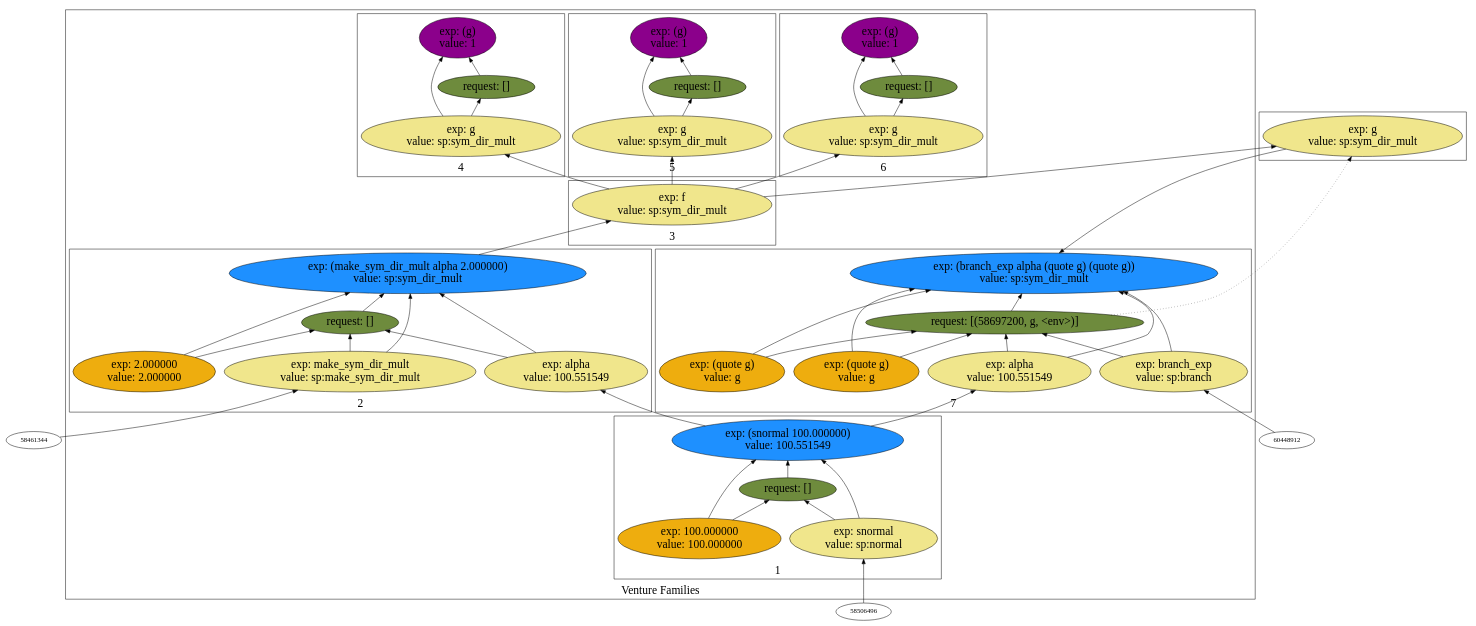
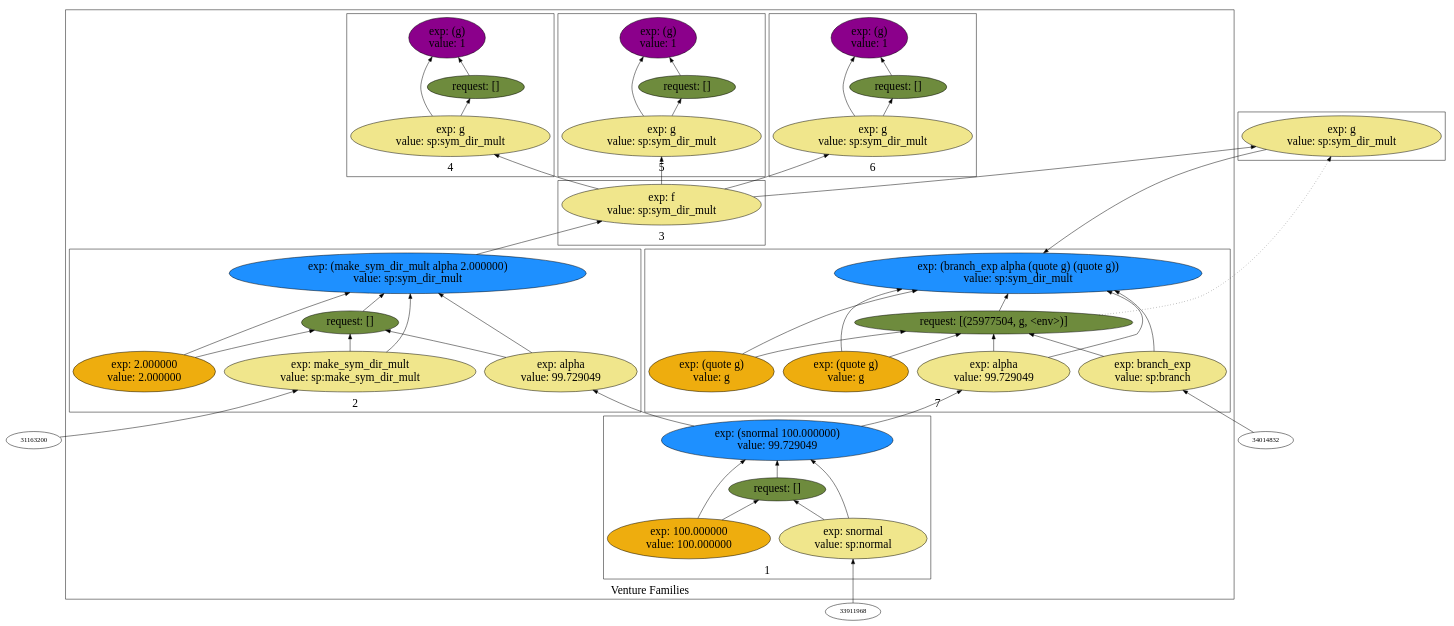
The diagram in backend/cxx/graphs/aaa_challenge_with_aaa/dot1.dot (probcomp/Venturecxx), drawn with Graphviz before and after one commit. The commit also changed 303 other files, not shown here.

Commit message:
Added a script to generate schematics

```diff
--- a/backend/cxx/graphs/aaa_challenge_with_aaa/dot1.dot
+++ b/backend/cxx/graphs/aaa_challenge_with_aaa/dot1.dot
@@ -5,105 +5,105 @@
 label="Venture Families"
 subgraph cluster2 {
 label="1"
-"53085776"["fillcolor"="dodgerblue" "fontsize"="24" "label"="exp: (snormal 100.000000)\nvalue: 100.551549" "shape"="ellipse" "style"="filled" ]
-"54608032"["fillcolor"="darkolivegreen4" "fontsize"="24" "label"="request: []" "shape"="ellipse" "style"="filled" ]
-"53080768"["fillcolor"="khaki" "fontsize"="24" "label"="exp: snormal\nvalue: sp:normal" "shape"="ellipse" "style"="filled" ]
-"55036928"["fillcolor"="darkgoldenrod2" "fontsize"="24" "label"="exp: 100.000000\nvalue: 100.000000" "shape"="ellipse" "style"="filled" ]
+"28401456"["fillcolor"="dodgerblue" "fontsize"="24" "label"="exp: (snormal 100.000000)\nvalue: 99.729049" "shape"="ellipse" "style"="filled" ]
+"32595744"["fillcolor"="darkolivegreen4" "fontsize"="24" "label"="request: []" "shape"="ellipse" "style"="filled" ]
+"31197024"["fillcolor"="khaki" "fontsize"="24" "label"="exp: snormal\nvalue: sp:normal" "shape"="ellipse" "style"="filled" ]
+"33146560"["fillcolor"="darkgoldenrod2" "fontsize"="24" "label"="exp: 100.000000\nvalue: 100.000000" "shape"="ellipse" "style"="filled" ]
 }
 
 subgraph cluster3 {
 label="2"
-"50481568"["fillcolor"="dodgerblue" "fontsize"="24" "label"="exp: (make_sym_dir_mult alpha 2.000000)\nvalue: sp:sym_dir_mult" "shape"="ellipse" "style"="filled" ]
-"48783584"["fillcolor"="darkolivegreen4" "fontsize"="24" "label"="request: []" "shape"="ellipse" "style"="filled" ]
-"53080080"["fillcolor"="khaki" "fontsize"="24" "label"="exp: make_sym_dir_mult\nvalue: sp:make_sym_dir_mult" "shape"="ellipse" "style"="filled" ]
-"53215552"["fillcolor"="khaki" "fontsize"="24" "label"="exp: alpha\nvalue: 100.551549" "shape"="ellipse" "style"="filled" ]
-"57253040"["fillcolor"="darkgoldenrod2" "fontsize"="24" "label"="exp: 2.000000\nvalue: 2.000000" "shape"="ellipse" "style"="filled" ]
+"26832768"["fillcolor"="dodgerblue" "fontsize"="24" "label"="exp: (make_sym_dir_mult alpha 2.000000)\nvalue: sp:sym_dir_mult" "shape"="ellipse" "style"="filled" ]
+"31366272"["fillcolor"="darkolivegreen4" "fontsize"="24" "label"="request: []" "shape"="ellipse" "style"="filled" ]
+"32104320"["fillcolor"="khaki" "fontsize"="24" "label"="exp: make_sym_dir_mult\nvalue: sp:make_sym_dir_mult" "shape"="ellipse" "style"="filled" ]
+"26343136"["fillcolor"="khaki" "fontsize"="24" "label"="exp: alpha\nvalue: 99.729049" "shape"="ellipse" "style"="filled" ]
+"26820352"["fillcolor"="darkgoldenrod2" "fontsize"="24" "label"="exp: 2.000000\nvalue: 2.000000" "shape"="ellipse" "style"="filled" ]
 }
 
 subgraph cluster4 {
 label="3"
-"53333456"["fillcolor"="khaki" "fontsize"="24" "label"="exp: f\nvalue: sp:sym_dir_mult" "shape"="ellipse" "style"="filled" ]
+"25906208"["fillcolor"="khaki" "fontsize"="24" "label"="exp: f\nvalue: sp:sym_dir_mult" "shape"="ellipse" "style"="filled" ]
 }
 
 subgraph cluster5 {
 label="4"
-"52397680"["fillcolor"="magenta4" "fontsize"="24" "label"="exp: (g)\nvalue: 1" "shape"="ellipse" "style"="filled" ]
-"50247536"["fillcolor"="darkolivegreen4" "fontsize"="24" "label"="request: []" "shape"="ellipse" "style"="filled" ]
-"53345520"["fillcolor"="khaki" "fontsize"="24" "label"="exp: g\nvalue: sp:sym_dir_mult" "shape"="ellipse" "style"="filled" ]
+"26078976"["fillcolor"="magenta4" "fontsize"="24" "label"="exp: (g)\nvalue: 1" "shape"="ellipse" "style"="filled" ]
+"27825008"["fillcolor"="darkolivegreen4" "fontsize"="24" "label"="request: []" "shape"="ellipse" "style"="filled" ]
+"26358576"["fillcolor"="khaki" "fontsize"="24" "label"="exp: g\nvalue: sp:sym_dir_mult" "shape"="ellipse" "style"="filled" ]
 }
 
 subgraph cluster6 {
 label="5"
-"53331296"["fillcolor"="magenta4" "fontsize"="24" "label"="exp: (g)\nvalue: 1" "shape"="ellipse" "style"="filled" ]
-"52407360"["fillcolor"="darkolivegreen4" "fontsize"="24" "label"="request: []" "shape"="ellipse" "style"="filled" ]
-"52681840"["fillcolor"="khaki" "fontsize"="24" "label"="exp: g\nvalue: sp:sym_dir_mult" "shape"="ellipse" "style"="filled" ]
+"28485744"["fillcolor"="magenta4" "fontsize"="24" "label"="exp: (g)\nvalue: 1" "shape"="ellipse" "style"="filled" ]
+"26830576"["fillcolor"="darkolivegreen4" "fontsize"="24" "label"="request: []" "shape"="ellipse" "style"="filled" ]
+"26620336"["fillcolor"="khaki" "fontsize"="24" "label"="exp: g\nvalue: sp:sym_dir_mult" "shape"="ellipse" "style"="filled" ]
 }
 
 subgraph cluster7 {
 label="6"
-"61957568"["fillcolor"="magenta4" "fontsize"="24" "label"="exp: (g)\nvalue: 1" "shape"="ellipse" "style"="filled" ]
-"58849760"["fillcolor"="darkolivegreen4" "fontsize"="24" "label"="request: []" "shape"="ellipse" "style"="filled" ]
-"62278848"["fillcolor"="khaki" "fontsize"="24" "label"="exp: g\nvalue: sp:sym_dir_mult" "shape"="ellipse" "style"="filled" ]
+"29399760"["fillcolor"="magenta4" "fontsize"="24" "label"="exp: (g)\nvalue: 1" "shape"="ellipse" "style"="filled" ]
+"27353328"["fillcolor"="darkolivegreen4" "fontsize"="24" "label"="request: []" "shape"="ellipse" "style"="filled" ]
+"28957120"["fillcolor"="khaki" "fontsize"="24" "label"="exp: g\nvalue: sp:sym_dir_mult" "shape"="ellipse" "style"="filled" ]
 }
 
 subgraph cluster8 {
 label="7"
-"57660304"["fillcolor"="dodgerblue" "fontsize"="24" "label"="exp: (branch_exp alpha (quote g) (quote g))\nvalue: sp:sym_dir_mult" "shape"="ellipse" "style"="filled" ]
-"58697200"["fillcolor"="darkolivegreen4" "fontsize"="24" "label"="request: [(58697200, g, <env>)]" "shape"="ellipse" "style"="filled" ]
-"48822112"["fillcolor"="khaki" "fontsize"="24" "label"="exp: branch_exp\nvalue: sp:branch" "shape"="ellipse" "style"="filled" ]
-"48824832"["fillcolor"="khaki" "fontsize"="24" "label"="exp: alpha\nvalue: 100.551549" "shape"="ellipse" "style"="filled" ]
-"50794448"["fillcolor"="darkgoldenrod2" "fontsize"="24" "label"="exp: (quote g)\nvalue: g" "shape"="ellipse" "style"="filled" ]
-"50331552"["fillcolor"="darkgoldenrod2" "fontsize"="24" "label"="exp: (quote g)\nvalue: g" "shape"="ellipse" "style"="filled" ]
+"29327632"["fillcolor"="dodgerblue" "fontsize"="24" "label"="exp: (branch_exp alpha (quote g) (quote g))\nvalue: sp:sym_dir_mult" "shape"="ellipse" "style"="filled" ]
+"25977504"["fillcolor"="darkolivegreen4" "fontsize"="24" "label"="request: [(25977504, g, <env>)]" "shape"="ellipse" "style"="filled" ]
+"29359040"["fillcolor"="khaki" "fontsize"="24" "label"="exp: branch_exp\nvalue: sp:branch" "shape"="ellipse" "style"="filled" ]
+"30137280"["fillcolor"="khaki" "fontsize"="24" "label"="exp: alpha\nvalue: 99.729049" "shape"="ellipse" "style"="filled" ]
+"30136448"["fillcolor"="darkgoldenrod2" "fontsize"="24" "label"="exp: (quote g)\nvalue: g" "shape"="ellipse" "style"="filled" ]
+"31805840"["fillcolor"="darkgoldenrod2" "fontsize"="24" "label"="exp: (quote g)\nvalue: g" "shape"="ellipse" "style"="filled" ]
 }
 
 }
 
 subgraph cluster9 {
 label=""
-"51468912"["fillcolor"="khaki" "fontsize"="24" "label"="exp: g\nvalue: sp:sym_dir_mult" "shape"="ellipse" "style"="filled" ]
+"24384944"["fillcolor"="khaki" "fontsize"="24" "label"="exp: g\nvalue: sp:sym_dir_mult" "shape"="ellipse" "style"="filled" ]
 }
 
-"53080080" -> "50481568"["arrowhead"="normal" "color"="black" "constraint"="true" "style"="solid" ]
-"53080080" -> "48783584"["arrowhead"="normal" "color"="black" "constraint"="true" "style"="solid" ]
-"58461344" -> "53080080"["arrowhead"="normal" "color"="black" "constraint"="true" "style"="solid" ]
-"53215552" -> "50481568"["arrowhead"="normal" "color"="black" "constraint"="true" "style"="solid" ]
-"53215552" -> "48783584"["arrowhead"="normal" "color"="black" "constraint"="true" "style"="solid" ]
-"53085776" -> "53215552"["arrowhead"="normal" "color"="black" "constraint"="true" "style"="solid" ]
-"57253040" -> "50481568"["arrowhead"="normal" "color"="black" "constraint"="true" "style"="solid" ]
-"57253040" -> "48783584"["arrowhead"="normal" "color"="black" "constraint"="true" "style"="solid" ]
-"48783584" -> "50481568"["arrowhead"="normal" "color"="black" "constraint"="true" "style"="solid" ]
-"53333456" -> "51468912"["arrowhead"="normal" "color"="black" "constraint"="true" "style"="solid" ]
-"53345520" -> "52397680"["arrowhead"="normal" "color"="black" "constraint"="true" "style"="solid" ]
-"53345520" -> "50247536"["arrowhead"="normal" "color"="black" "constraint"="true" "style"="solid" ]
-"53333456" -> "53345520"["arrowhead"="normal" "color"="black" "constraint"="true" "style"="solid" ]
-"50247536" -> "52397680"["arrowhead"="normal" "color"="black" "constraint"="true" "style"="solid" ]
-"53080768" -> "53085776"["arrowhead"="normal" "color"="black" "constraint"="true" "style"="solid" ]
-"53080768" -> "54608032"["arrowhead"="normal" "color"="black" "constraint"="true" "style"="solid" ]
-"58506496" -> "53080768"["arrowhead"="normal" "color"="black" "constraint"="true" "style"="solid" ]
-"55036928" -> "53085776"["arrowhead"="normal" "color"="black" "constraint"="true" "style"="solid" ]
-"55036928" -> "54608032"["arrowhead"="normal" "color"="black" "constraint"="true" "style"="solid" ]
-"54608032" -> "53085776"["arrowhead"="normal" "color"="black" "constraint"="true" "style"="solid" ]
-"52681840" -> "53331296"["arrowhead"="normal" "color"="black" "constraint"="true" "style"="solid" ]
-"52681840" -> "52407360"["arrowhead"="normal" "color"="black" "constraint"="true" "style"="solid" ]
-"53333456" -> "52681840"["arrowhead"="normal" "color"="black" "constraint"="true" "style"="solid" ]
-"52407360" -> "53331296"["arrowhead"="normal" "color"="black" "constraint"="true" "style"="solid" ]
-"50481568" -> "53333456"["arrowhead"="normal" "color"="black" "constraint"="true" "style"="solid" ]
-"48822112" -> "57660304"["arrowhead"="normal" "color"="black" "constraint"="true" "style"="solid" ]
-"48822112" -> "58697200"["arrowhead"="normal" "color"="black" "constraint"="true" "style"="solid" ]
-"60448912" -> "48822112"["arrowhead"="normal" "color"="black" "constraint"="true" "style"="solid" ]
-"48824832" -> "57660304"["arrowhead"="normal" "color"="black" "constraint"="true" "style"="solid" ]
-"48824832" -> "58697200"["arrowhead"="normal" "color"="black" "constraint"="true" "style"="solid" ]
-"53085776" -> "48824832"["arrowhead"="normal" "color"="black" "constraint"="true" "style"="solid" ]
-"50794448" -> "57660304"["arrowhead"="normal" "color"="black" "constraint"="true" "style"="solid" ]
-"50794448" -> "58697200"["arrowhead"="normal" "color"="black" "constraint"="true" "style"="solid" ]
-"50331552" -> "57660304"["arrowhead"="normal" "color"="black" "constraint"="true" "style"="solid" ]
-"50331552" -> "58697200"["arrowhead"="normal" "color"="black" "constraint"="true" "style"="solid" ]
-"58697200" -> "57660304"["arrowhead"="normal" "color"="black" "constraint"="true" "style"="solid" ]
-"51468912" -> "57660304"["arrowhead"="normal" "color"="black" "constraint"="true" "style"="solid" ]
-"58697200" -> "51468912"["arrowhead"="normal" "color"="black" "constraint"="false" "style"="dotted" ]
-"62278848" -> "61957568"["arrowhead"="normal" "color"="black" "constraint"="true" "style"="solid" ]
-"62278848" -> "58849760"["arrowhead"="normal" "color"="black" "constraint"="true" "style"="solid" ]
-"53333456" -> "62278848"["arrowhead"="normal" "color"="black" "constraint"="true" "style"="solid" ]
-"58849760" -> "61957568"["arrowhead"="normal" "color"="black" "constraint"="true" "style"="solid" ]
+"25906208" -> "24384944"["arrowhead"="normal" "color"="black" "constraint"="true" "style"="solid" ]
+"26832768" -> "25906208"["arrowhead"="normal" "color"="black" "constraint"="true" "style"="solid" ]
+"26358576" -> "26078976"["arrowhead"="normal" "color"="black" "constraint"="true" "style"="solid" ]
+"26358576" -> "27825008"["arrowhead"="normal" "color"="black" "constraint"="true" "style"="solid" ]
+"25906208" -> "26358576"["arrowhead"="normal" "color"="black" "constraint"="true" "style"="solid" ]
+"27825008" -> "26078976"["arrowhead"="normal" "color"="black" "constraint"="true" "style"="solid" ]
+"32104320" -> "26832768"["arrowhead"="normal" "color"="black" "constraint"="true" "style"="solid" ]
+"32104320" -> "31366272"["arrowhead"="normal" "color"="black" "constraint"="true" "style"="solid" ]
+"31163200" -> "32104320"["arrowhead"="normal" "color"="black" "constraint"="true" "style"="solid" ]
+"26343136" -> "26832768"["arrowhead"="normal" "color"="black" "constraint"="true" "style"="solid" ]
+"26343136" -> "31366272"["arrowhead"="normal" "color"="black" "constraint"="true" "style"="solid" ]
+"28401456" -> "26343136"["arrowhead"="normal" "color"="black" "constraint"="true" "style"="solid" ]
+"26820352" -> "26832768"["arrowhead"="normal" "color"="black" "constraint"="true" "style"="solid" ]
+"26820352" -> "31366272"["arrowhead"="normal" "color"="black" "constraint"="true" "style"="solid" ]
+"31366272" -> "26832768"["arrowhead"="normal" "color"="black" "constraint"="true" "style"="solid" ]
+"31197024" -> "28401456"["arrowhead"="normal" "color"="black" "constraint"="true" "style"="solid" ]
+"31197024" -> "32595744"["arrowhead"="normal" "color"="black" "constraint"="true" "style"="solid" ]
+"33911968" -> "31197024"["arrowhead"="normal" "color"="black" "constraint"="true" "style"="solid" ]
+"33146560" -> "28401456"["arrowhead"="normal" "color"="black" "constraint"="true" "style"="solid" ]
+"33146560" -> "32595744"["arrowhead"="normal" "color"="black" "constraint"="true" "style"="solid" ]
+"32595744" -> "28401456"["arrowhead"="normal" "color"="black" "constraint"="true" "style"="solid" ]
+"26620336" -> "28485744"["arrowhead"="normal" "color"="black" "constraint"="true" "style"="solid" ]
+"26620336" -> "26830576"["arrowhead"="normal" "color"="black" "constraint"="true" "style"="solid" ]
+"25906208" -> "26620336"["arrowhead"="normal" "color"="black" "constraint"="true" "style"="solid" ]
+"26830576" -> "28485744"["arrowhead"="normal" "color"="black" "constraint"="true" "style"="solid" ]
+"29359040" -> "29327632"["arrowhead"="normal" "color"="black" "constraint"="true" "style"="solid" ]
+"29359040" -> "25977504"["arrowhead"="normal" "color"="black" "constraint"="true" "style"="solid" ]
+"34014832" -> "29359040"["arrowhead"="normal" "color"="black" "constraint"="true" "style"="solid" ]
+"30137280" -> "29327632"["arrowhead"="normal" "color"="black" "constraint"="true" "style"="solid" ]
+"30137280" -> "25977504"["arrowhead"="normal" "color"="black" "constraint"="true" "style"="solid" ]
+"28401456" -> "30137280"["arrowhead"="normal" "color"="black" "constraint"="true" "style"="solid" ]
+"30136448" -> "29327632"["arrowhead"="normal" "color"="black" "constraint"="true" "style"="solid" ]
+"30136448" -> "25977504"["arrowhead"="normal" "color"="black" "constraint"="true" "style"="solid" ]
+"31805840" -> "29327632"["arrowhead"="normal" "color"="black" "constraint"="true" "style"="solid" ]
+"31805840" -> "25977504"["arrowhead"="normal" "color"="black" "constraint"="true" "style"="solid" ]
+"25977504" -> "29327632"["arrowhead"="normal" "color"="black" "constraint"="true" "style"="solid" ]
+"24384944" -> "29327632"["arrowhead"="normal" "color"="black" "constraint"="true" "style"="solid" ]
+"25977504" -> "24384944"["arrowhead"="normal" "color"="black" "constraint"="false" "style"="dotted" ]
+"28957120" -> "29399760"["arrowhead"="normal" "color"="black" "constraint"="true" "style"="solid" ]
+"28957120" -> "27353328"["arrowhead"="normal" "color"="black" "constraint"="true" "style"="solid" ]
+"25906208" -> "28957120"["arrowhead"="normal" "color"="black" "constraint"="true" "style"="solid" ]
+"27353328" -> "29399760"["arrowhead"="normal" "color"="black" "constraint"="true" "style"="solid" ]
 
 }
```
